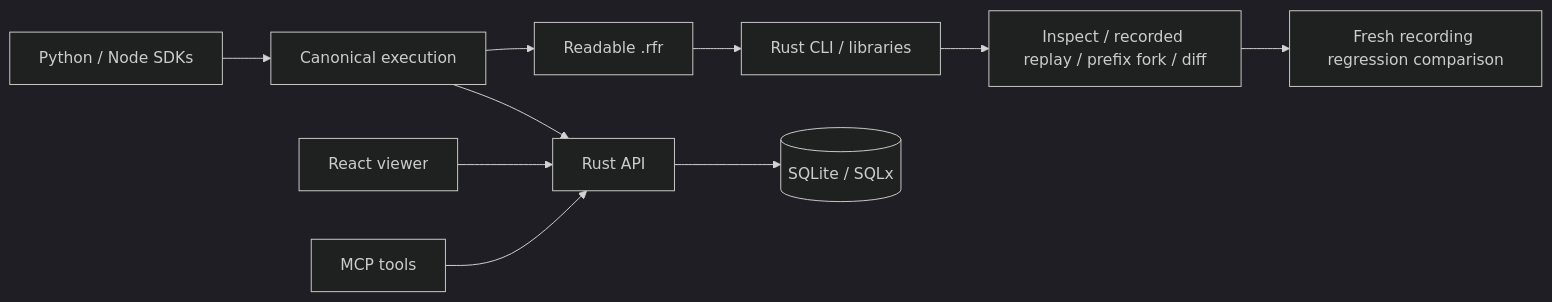
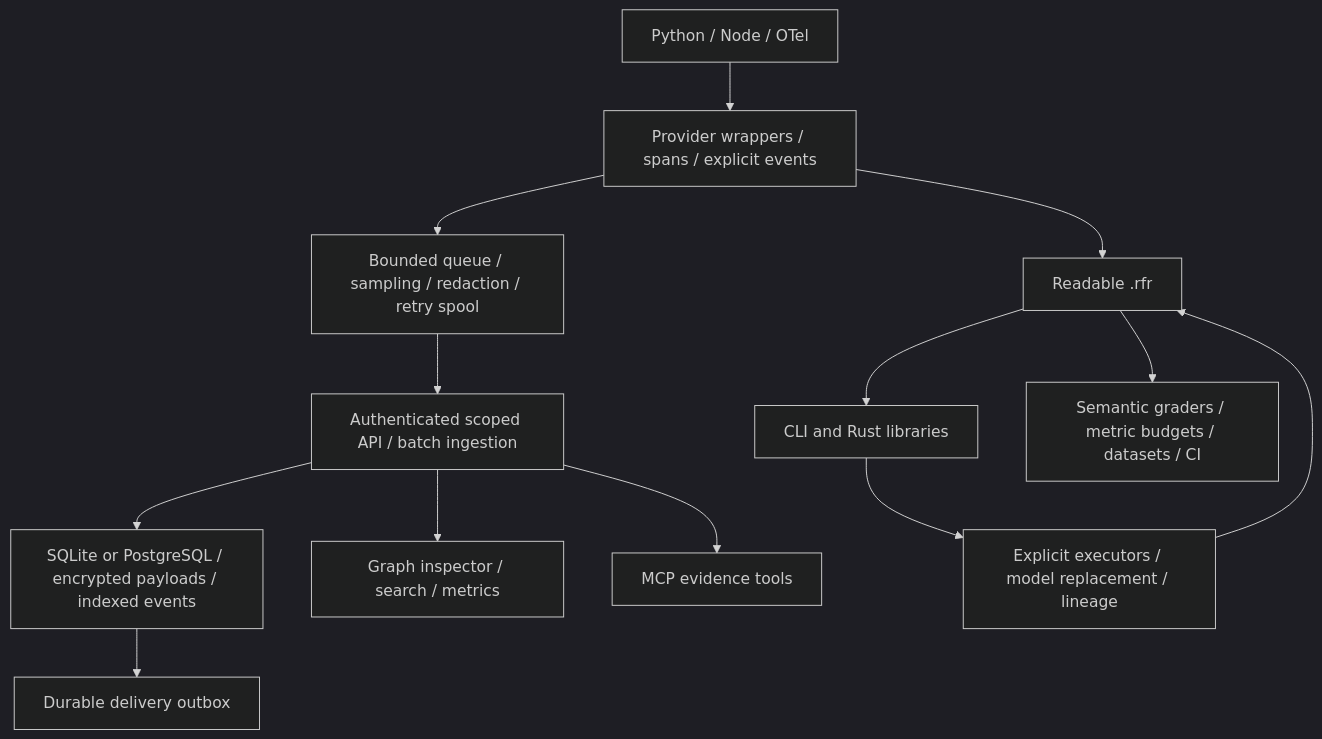
One commit to khaleddeissa/llm-refract changed the diagram in docs/architecture.md. Above: the diagram before and after it, drawn with Mermaid (dark theme). The commit also changed other lines of this file and 136 other files, not shown here.

First line of the commit message:
refactor(core): comparison, graph view and security functionalities (#30)

````diff
--- a/docs/architecture.md
+++ b/docs/architecture.md
@@ -7,12 +3,15 @@
 ```mermaid
-flowchart LR
-  SDK[Python / Node SDKs] --> Run[Canonical execution]
-  Run --> Artifact[Readable .rfr]
-  Run --> API[Rust API]
-  API --> Storage[(SQLite / SQLx)]
-  UI[React viewer] --> API
-  MCP[MCP tools] --> API
-  Artifact --> CLI[Rust CLI / libraries]
-  CLI --> Operations[Inspect / recorded replay / prefix fork / diff]
-  Operations --> CI[Fresh recording regression comparison]
+flowchart TD
+  App[Python / Node / OTel] --> Capture[Provider wrappers / spans / explicit events]
+  Capture --> Export[Bounded queue / sampling / redaction / retry spool]
+  Capture --> Artifact[Readable .rfr]
+  Export --> API[Authenticated scoped API / batch ingestion]
+  API --> DB[SQLite or PostgreSQL / encrypted payloads / indexed events]
+  DB --> Outbox[Durable delivery outbox]
+  API --> UI[Graph inspector / search / metrics]
+  API --> MCP[MCP evidence tools]
+  Artifact --> CLI[CLI and Rust libraries]
+  CLI --> Experiment[Explicit executors / model replacement / lineage]
+  Experiment --> Artifact
+  Artifact --> Eval[Semantic graders / metric budgets / datasets / CI]
 ```
````
